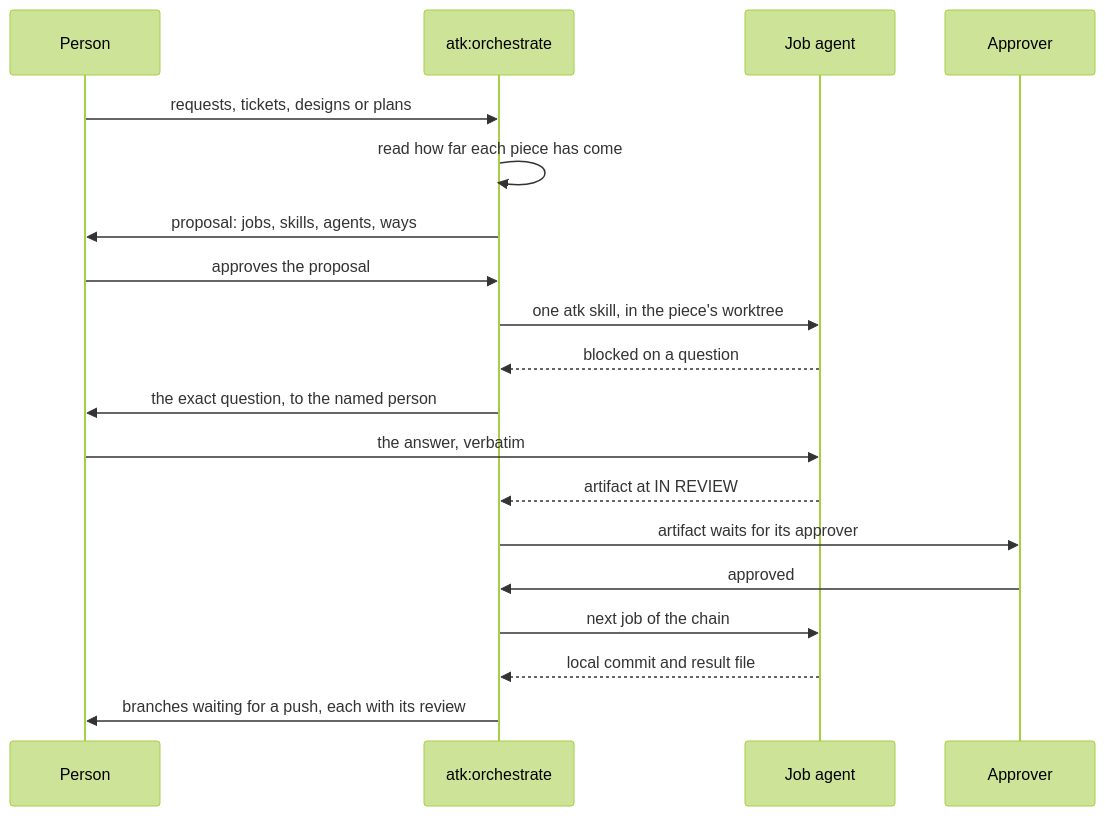
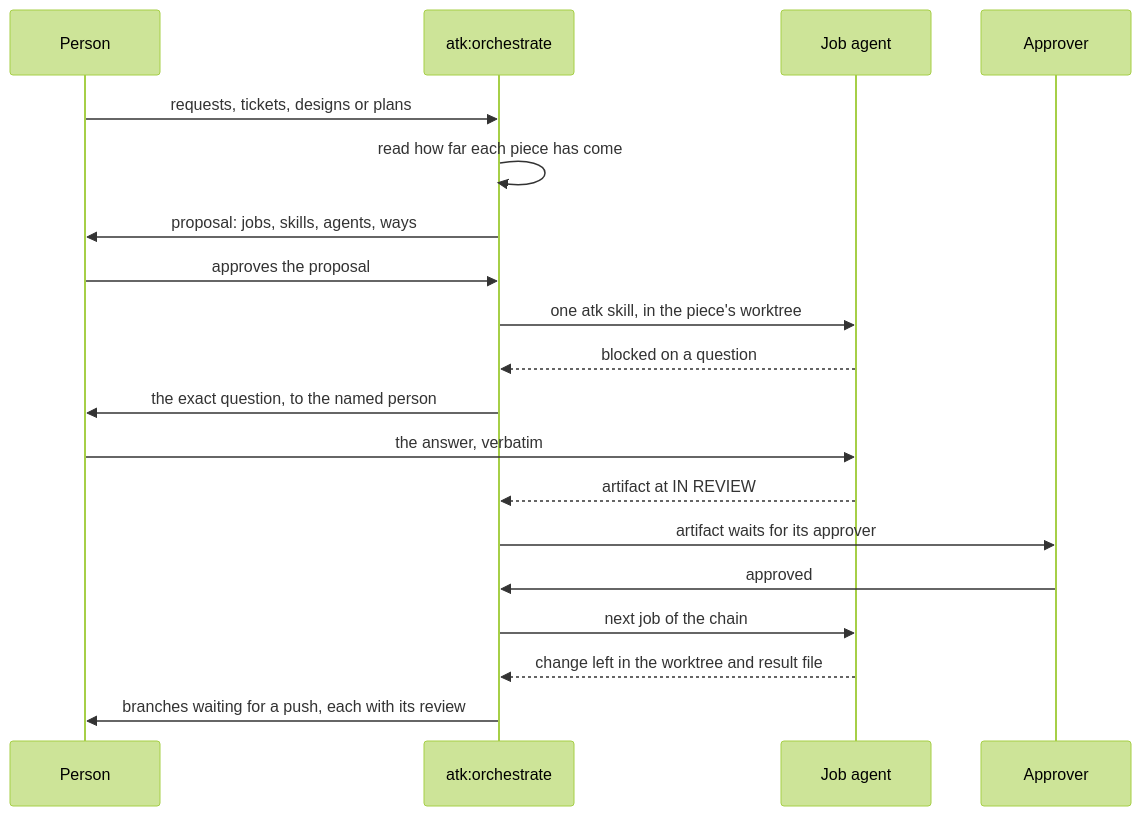
Before and after one commit to lamngockhuong/aiteamkit: the diagram in docs/records/design/261011-1538-orchestrate-team-work.md, drawn with Mermaid (forest theme). The commit also changed other lines of this file and 27 other files, not shown here.

````diff
--- a/docs/records/design/261011-1538-orchestrate-team-work.md
+++ b/docs/records/design/261011-1538-orchestrate-team-work.md
@@ -218,21 +218,21 @@
 ```mermaid
 sequenceDiagram
     participant P as Person
     participant O as atk:orchestrate
     participant J as Job agent
     participant A as Approver
     P->>O: requests, tickets, designs or plans
     O->>O: read how far each piece has come
     O->>P: proposal: jobs, skills, agents, ways
     P->>O: approves the proposal
     O->>J: one atk skill, in the piece's worktree
     J-->>O: blocked on a question
     O->>P: the exact question, to the named person
     P->>J: the answer, verbatim
     J-->>O: artifact at IN REVIEW
     O->>A: artifact waits for its approver
     A->>O: approved
     O->>J: next job of the chain
-    J-->>O: local commit and result file
+    J-->>O: change left in the worktree and result file
     O->>P: branches waiting for a push, each with its review
 ```
````
